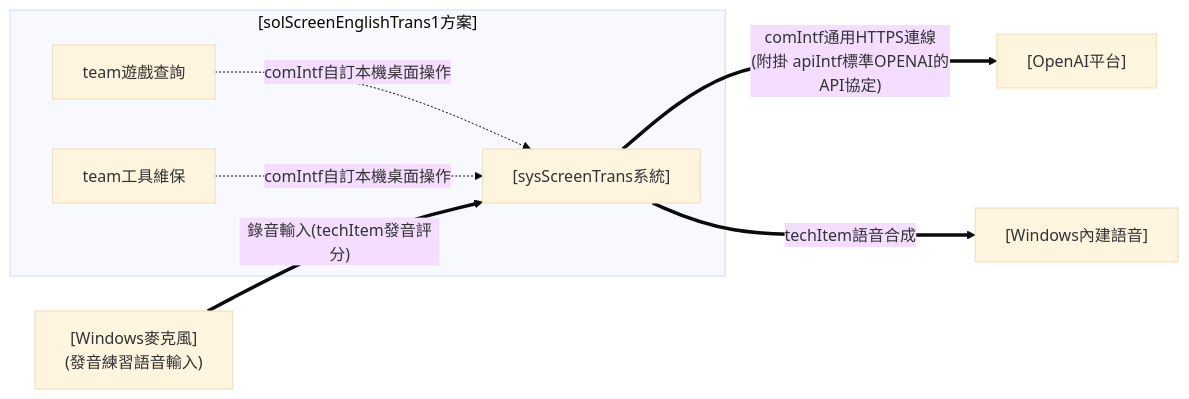
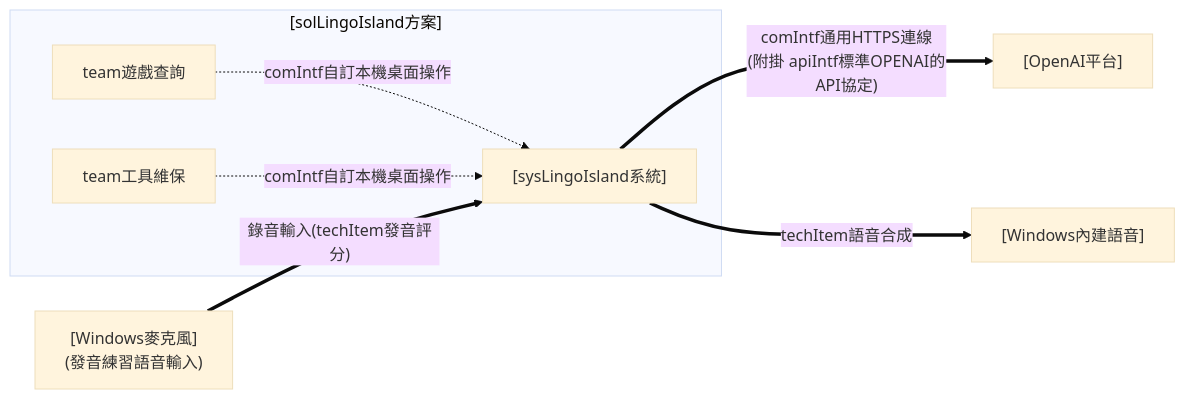
Before and after one commit to twStellerWhale-Ocean2/solScreenEnglishTrans1: the third of 6 diagrams in docs/design.md, drawn with Mermaid (base theme). The commit also changed other lines of this file and 214 other files, not shown here.

First line of the commit message:
chore(rename): 全 repo 改名 solLingoIsland（ScreenTrans→LingoIsland 內部方案名＋%APPDATA% 一次性遷移） (#141)

````diff
--- a/docs/design.md
+++ b/docs/design.md
@@ -231,18 +231,18 @@
 ```mermaid
 flowchart LR
 
-subgraph SOL["[solScreenEnglishTrans1方案]"]
+subgraph SOL["[solLingoIsland方案]"]
   T1["team遊戲查詢"]
   T2["team工具維保"]
-  SYS["[sysScreenTrans系統]"]
+  SYS["[sysLingoIsland系統]"]
   T1 -.->|"comIntf自訂本機桌面操作"| SYS
   T2 -.->|"comIntf自訂本機桌面操作"| SYS
 end
 
 OPENAI["[OpenAI平台]"]
 SPEECH["[Windows內建語音]"]
 MIC["[Windows麥克風]<br/>(發音練習語音輸入)"]
 SYS ==>|"comIntf通用HTTPS連線<br/>(附掛 apiIntf標準OPENAI的API協定)"| OPENAI
 SYS ==>|"techItem語音合成"| SPEECH
 MIC ==>|"錄音輸入(techItem發音評分)"| SYS
 ```
````
